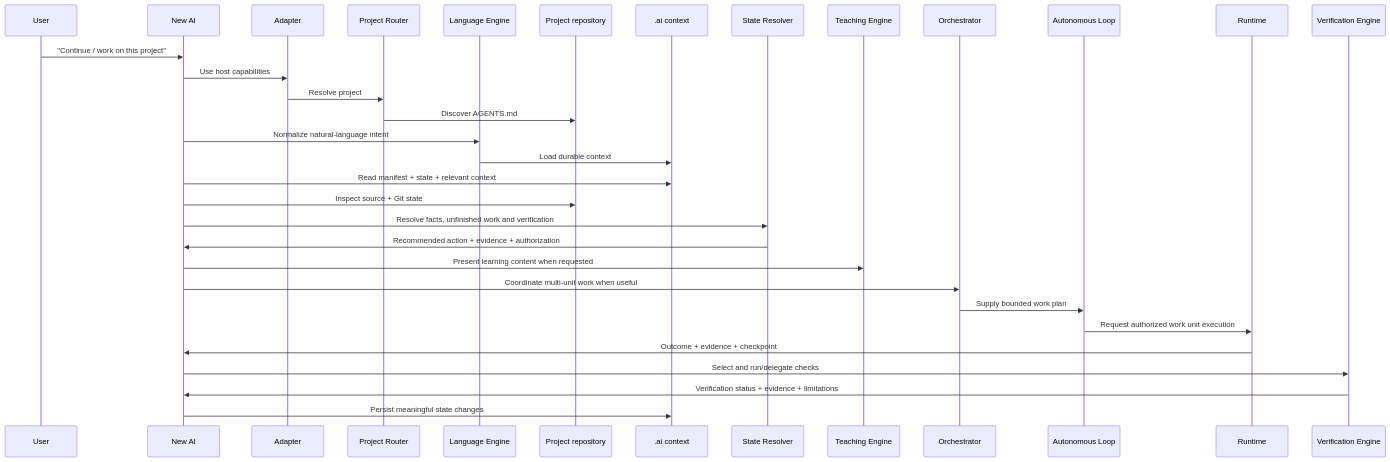
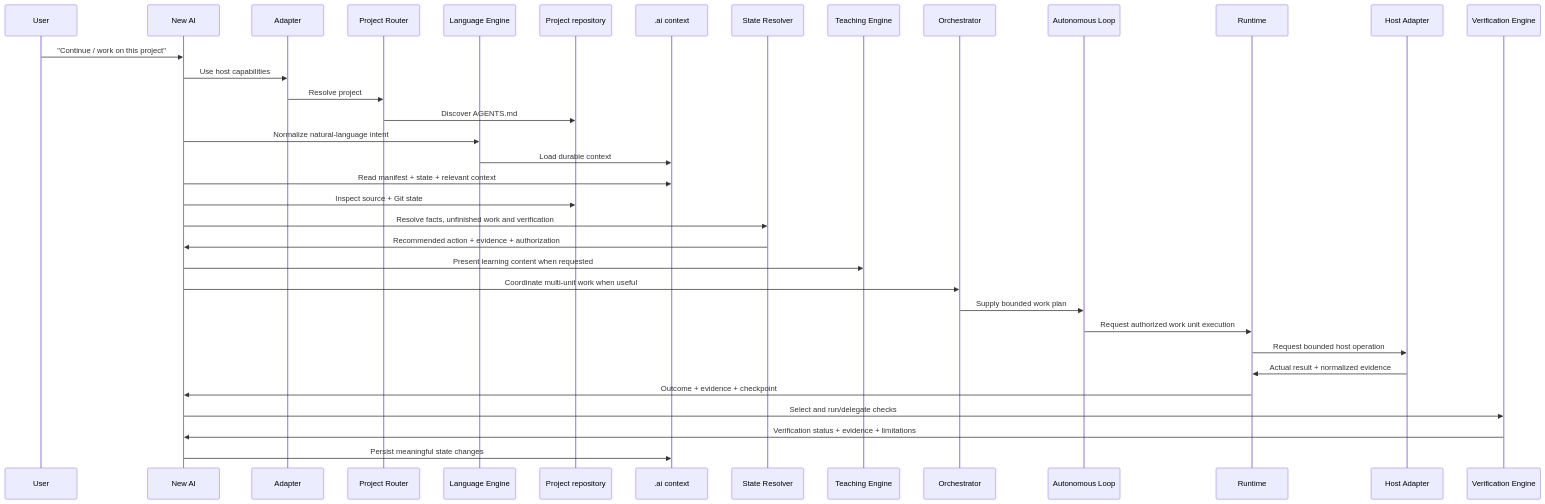
The third of 3 diagrams in docs/ARCHITECTURE.md (zzpsah/chatgpt-development-os), drawn with Mermaid before and after one commit. The commit also changed other lines of this file, not shown here.

Commit message:
docs: integrate host execution adapter architecture

````diff
--- a/docs/ARCHITECTURE.md
+++ b/docs/ARCHITECTURE.md
@@ -119,35 +125,38 @@
 ```mermaid
 sequenceDiagram
     participant U as User
     participant A as New AI
     participant AD as Adapter
     participant R as Project Router
     participant E as Language Engine
     participant G as Project repository
     participant C as .ai context
     participant S as State Resolver
     participant TE as Teaching Engine
     participant AO as Orchestrator
     participant AL as Autonomous Loop
     participant ER as Runtime
+    participant HA as Host Adapter
     participant V as Verification Engine
 
     U->>A: "Continue / work on this project"
     A->>AD: Use host capabilities
     AD->>R: Resolve project
     R->>G: Discover AGENTS.md
     A->>E: Normalize natural-language intent
     E->>C: Load durable context
     A->>C: Read manifest + state + relevant context
     A->>G: Inspect source + Git state
     A->>S: Resolve facts, unfinished work and verification
     S->>A: Recommended action + evidence + authorization
     A->>TE: Present learning content when requested
     A->>AO: Coordinate multi-unit work when useful
     AO->>AL: Supply bounded work plan
     AL->>ER: Request authorized work unit execution
+    ER->>HA: Request bounded host operation
+    HA->>ER: Actual result + normalized evidence
     ER->>A: Outcome + evidence + checkpoint
     A->>V: Select and run/delegate checks
     V->>A: Verification status + evidence + limitations
     A->>C: Persist meaningful state changes
 ```
````
